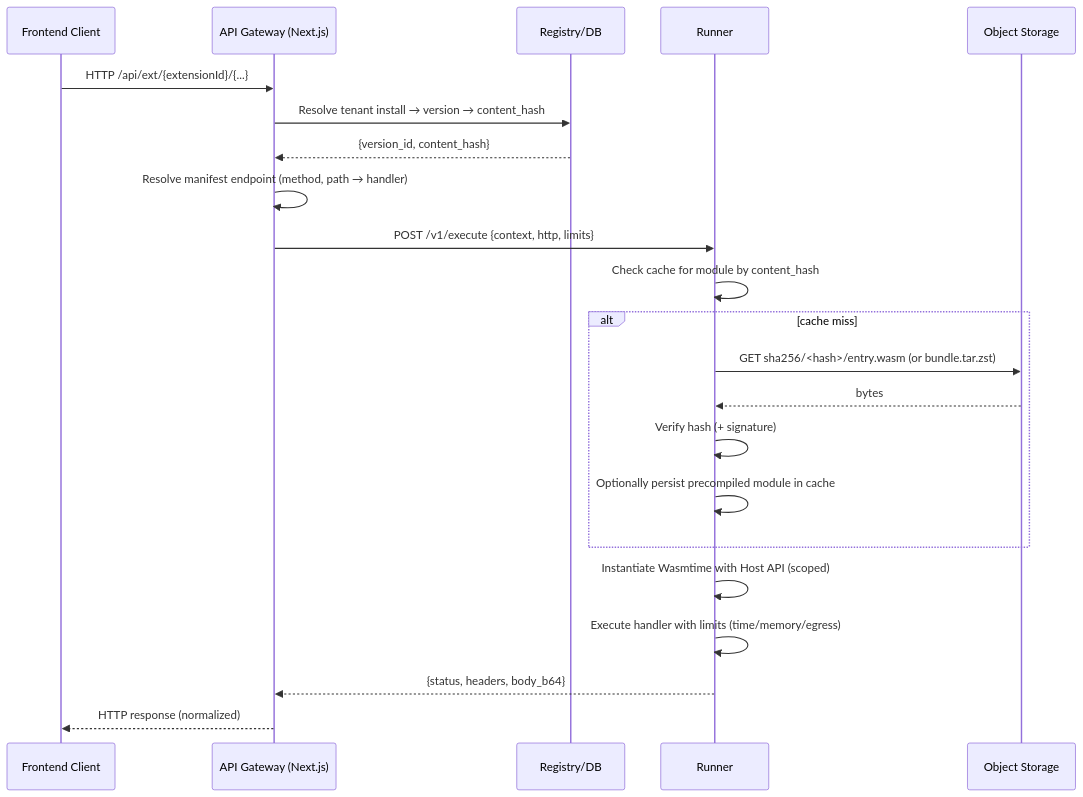
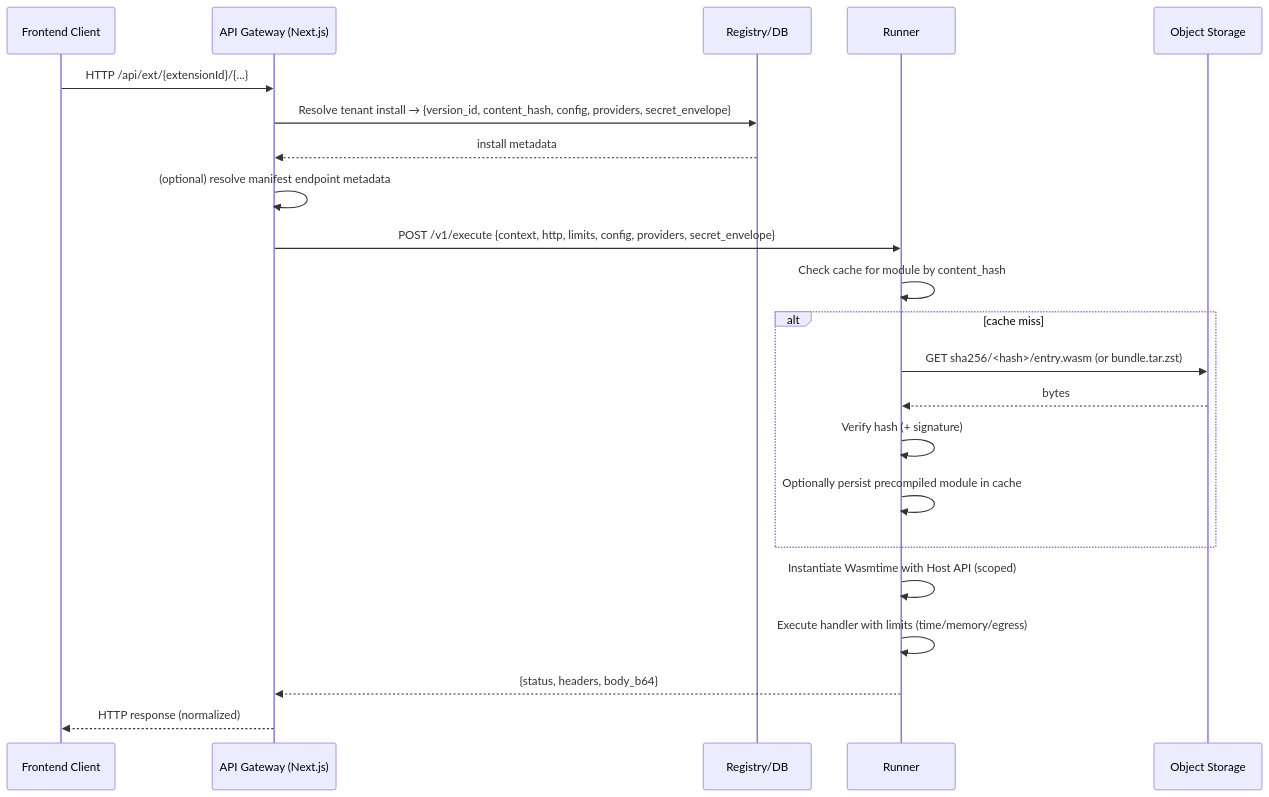
One commit to Nine-Minds/alga-psa changed the first of 2 diagrams in ee/docs/extension-system/serving-system.md. Above: the diagram before and after it, drawn with Mermaid. The commit also changed other lines of this file and 7 other files, not shown here.

````diff
--- a/ee/docs/extension-system/serving-system.md
+++ b/ee/docs/extension-system/serving-system.md
@@ -68,25 +69,25 @@
 ```mermaid
 sequenceDiagram
   participant FE as Frontend Client
   participant GW as API Gateway (Next.js)
   participant REG as Registry/DB
   participant RUN as Runner
   participant S3 as Object Storage
 
   FE->>GW: HTTP /api/ext/{extensionId}/{...}
-  GW->>REG: Resolve tenant install → version → content_hash
-  REG-->>GW: {version_id, content_hash}
-  GW->>GW: Resolve manifest endpoint (method, path → handler)
-  GW->>RUN: POST /v1/execute {context, http, limits}
+  GW->>REG: Resolve tenant install → {version_id, content_hash, config, providers, secret_envelope}
+  REG-->>GW: install metadata
+  GW->>GW: (optional) resolve manifest endpoint metadata
+  GW->>RUN: POST /v1/execute {context, http, limits, config, providers, secret_envelope}
   RUN->>RUN: Check cache for module by content_hash
   alt cache miss
     RUN->>S3: GET sha256/<hash>/entry.wasm (or bundle.tar.zst)
     S3-->>RUN: bytes
     RUN->>RUN: Verify hash (+ signature)
     RUN->>RUN: Optionally persist precompiled module in cache
   end
   RUN->>RUN: Instantiate Wasmtime with Host API (scoped)
   RUN->>RUN: Execute handler with limits (time/memory/egress)
   RUN-->>GW: {status, headers, body_b64}
   GW-->>FE: HTTP response (normalized)
 ```
````
